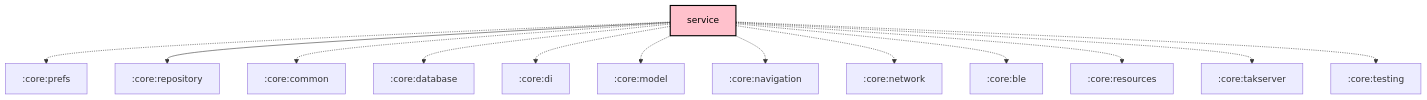
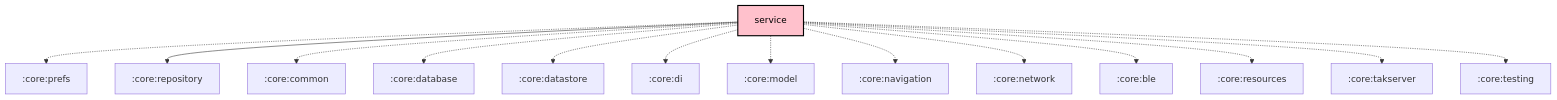
One commit to meshtastic/Meshtastic-Android changed the diagram in core/service/README.md. Above: the diagram before and after it, drawn with Mermaid. The commit also changed 2 other files, not shown here.

Commit message:
chore: Scheduled updates (Graphs, Baseline Profile) (#7869)

````diff
--- a/core/service/README.md
+++ b/core/service/README.md
@@ -30,30 +30,31 @@
 ```mermaid
 graph TB
   :core:service[service]:::kmp-library
   :core:service -.-> :core:prefs
   :core:service --> :core:repository
   :core:service -.-> :core:common
   :core:service -.-> :core:database
+  :core:service -.-> :core:datastore
   :core:service -.-> :core:di
   :core:service -.-> :core:model
   :core:service -.-> :core:navigation
   :core:service -.-> :core:network
   :core:service -.-> :core:ble
   :core:service -.-> :core:resources
   :core:service -.-> :core:takserver
   :core:service -.-> :core:testing
 
 classDef android-application fill:#CAFFBF,stroke:#000,stroke-width:2px,color:#000;
 classDef android-application-compose fill:#CAFFBF,stroke:#000,stroke-width:2px,color:#000;
 classDef compose-desktop-application fill:#CAFFBF,stroke:#000,stroke-width:2px,color:#000;
 classDef android-feature fill:#FFD6A5,stroke:#000,stroke-width:2px,color:#000;
 classDef android-library fill:#9BF6FF,stroke:#000,stroke-width:2px,color:#000;
 classDef android-library-compose fill:#9BF6FF,stroke:#000,stroke-width:2px,color:#000;
 classDef android-test fill:#A0C4FF,stroke:#000,stroke-width:2px,color:#000;
 classDef jvm-library fill:#BDB2FF,stroke:#000,stroke-width:2px,color:#000;
 classDef kmp-feature fill:#FFD6A5,stroke:#000,stroke-width:2px,color:#000;
 classDef kmp-library-compose fill:#FFC1CC,stroke:#000,stroke-width:2px,color:#000;
 classDef kmp-library fill:#FFC1CC,stroke:#000,stroke-width:2px,color:#000;
 classDef unknown fill:#FFADAD,stroke:#000,stroke-width:2px,color:#000;
 
 ```
````
